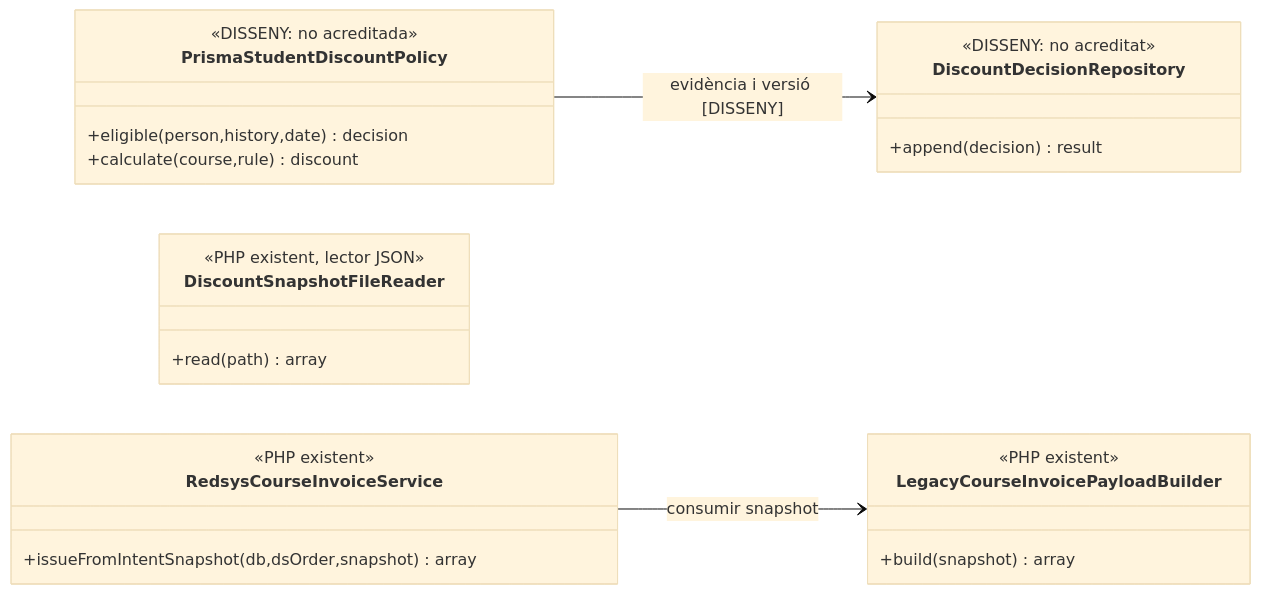
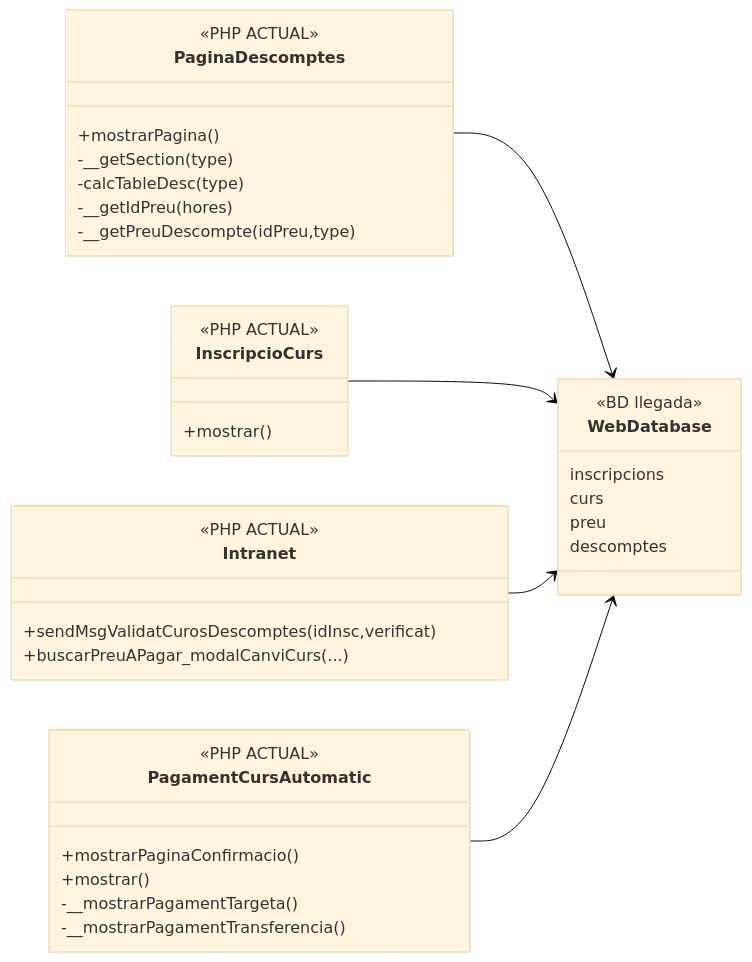
One commit to orgmeriemprismacat-del/verifactu changed the third of 10 diagrams in documentacio/07-uml-integrat/uc-020-aplicar-alumne-prisma.md. Above: the diagram before and after it, drawn with Mermaid (base theme). The commit also changed other lines of this file, not shown here.

Commit message:
docs(UC-020): integrar UML ACTUAL i FINAL

````diff
--- a/documentacio/07-uml-integrat/uc-020-aplicar-alumne-prisma.md
+++ b/documentacio/07-uml-integrat/uc-020-aplicar-alumne-prisma.md
@@ -87,27 +127,45 @@
 ```mermaid
 classDiagram
 direction LR
-class PrismaStudentDiscountPolicy {
- <<DISSENY: no acreditada>>
- +eligible(person,history,date) decision
- +calculate(course,rule) discount
+
+class PaginaDescomptes {
+  <<PHP ACTUAL>>
+  +mostrarPagina()
+  -__getSection(type)
+  -calcTableDesc(type)
+  -__getIdPreu(hores)
+  -__getPreuDescompte(idPreu,type)
 }
-class DiscountDecisionRepository {
- <<DISSENY: no acreditat>>
- +append(decision) result
+
+class InscripcioCurs {
+  <<PHP ACTUAL>>
+  +mostrar()
 }
-class LegacyCourseInvoicePayloadBuilder {
- <<PHP existent>>
- +build(snapshot) array
+
+class Intranet {
+  <<PHP ACTUAL>>
+  +sendMsgValidatCurosDescomptes(idInsc,verificat)
+  +buscarPreuAPagar_modalCanviCurs(...)
 }
-class DiscountSnapshotFileReader {
- <<PHP existent, lector JSON>>
- +read(path) array
+
+class PagamentCursAutomatic {
+  <<PHP ACTUAL>>
+  +mostrarPaginaConfirmacio()
+  +mostrar()
+  -__mostrarPagamentTargeta()
+  -__mostrarPagamentTransferencia()
 }
-class RedsysCourseInvoiceService {
- <<PHP existent>>
- +issueFromIntentSnapshot(db,dsOrder,snapshot) array
+
+class WebDatabase {
+  <<BD llegada>>
+  inscripcions
+  curs
+  preu
+  descomptes
 }
-PrismaStudentDiscountPolicy --> DiscountDecisionRepository : evidència i versió [DISSENY]
-RedsysCourseInvoiceService --> LegacyCourseInvoicePayloadBuilder : consumir snapshot
+
+PaginaDescomptes --> WebDatabase
+InscripcioCurs --> WebDatabase
+Intranet --> WebDatabase
+PagamentCursAutomatic --> WebDatabase
 ```
````
